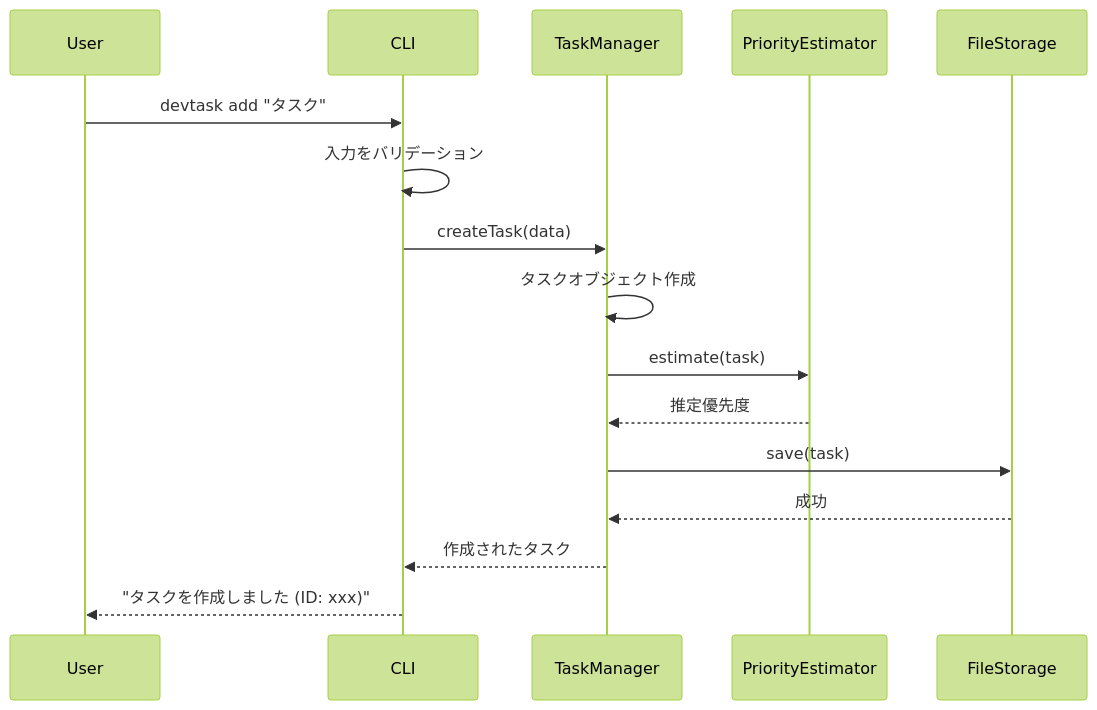
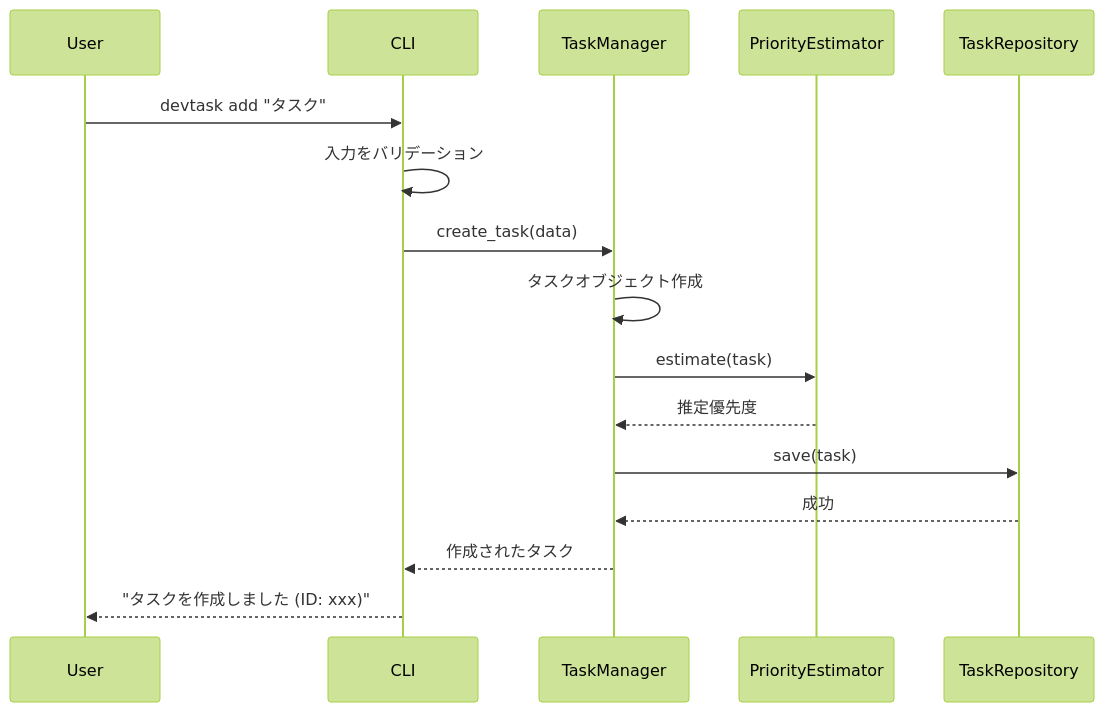
The fourth of 4 diagrams in .claude/skills/functional-design/guide.md (miso-taku/claude_code_work), drawn with Mermaid (forest theme) before and after one commit. The commit also changed other lines of this file and 23 other files, not shown here.

````diff
--- a/.claude/skills/functional-design/guide.md
+++ b/.claude/skills/functional-design/guide.md
@@ -354,19 +401,19 @@
 ```mermaid
 sequenceDiagram
     participant User
     participant CLI
     participant TaskManager
     participant PriorityEstimator
-    participant FileStorage
+    participant TaskRepository
 
     User->>CLI: devtask add "タスク"
     CLI->>CLI: 入力をバリデーション
-    CLI->>TaskManager: createTask(data)
+    CLI->>TaskManager: create_task(data)
     TaskManager->>TaskManager: タスクオブジェクト作成
     TaskManager->>PriorityEstimator: estimate(task)
     PriorityEstimator-->>TaskManager: 推定優先度
-    TaskManager->>FileStorage: save(task)
-    FileStorage-->>TaskManager: 成功
+    TaskManager->>TaskRepository: save(task)
+    TaskRepository-->>TaskManager: 成功
     TaskManager-->>CLI: 作成されたタスク
     CLI-->>User: "タスクを作成しました (ID: xxx)"
 ```
````
